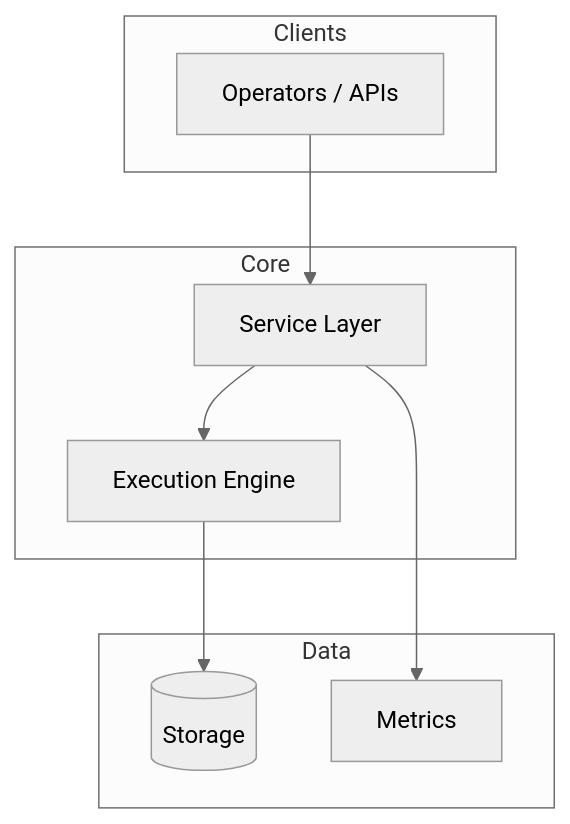
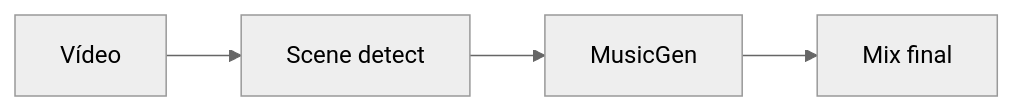
The diagram in README.md (SrSatriano/algorithmic-lofi-audio-generator), drawn with Mermaid (neutral theme) before and after one commit. The commit also changed other lines of this file and 7 other files, not shown here.

````diff
--- a/README.md
+++ b/README.md
@@ -54,17 +90,6 @@
 ```mermaid
-flowchart TB
-  subgraph Clients
-    U[Operators / APIs]
-  end
-  subgraph Core
-    S[Service Layer]
-    E[Execution Engine]
-  end
-  subgraph Data
-    D[(Storage)]
-    M[Metrics]
-  end
-  U --> S --> E
-  E --> D
-  S --> M
+flowchart LR
+  VID[Vídeo] --> SCN[Scene detect]
+  SCN --> GEN[MusicGen]
+  GEN --> MIX[Mix final]
 ```
````
